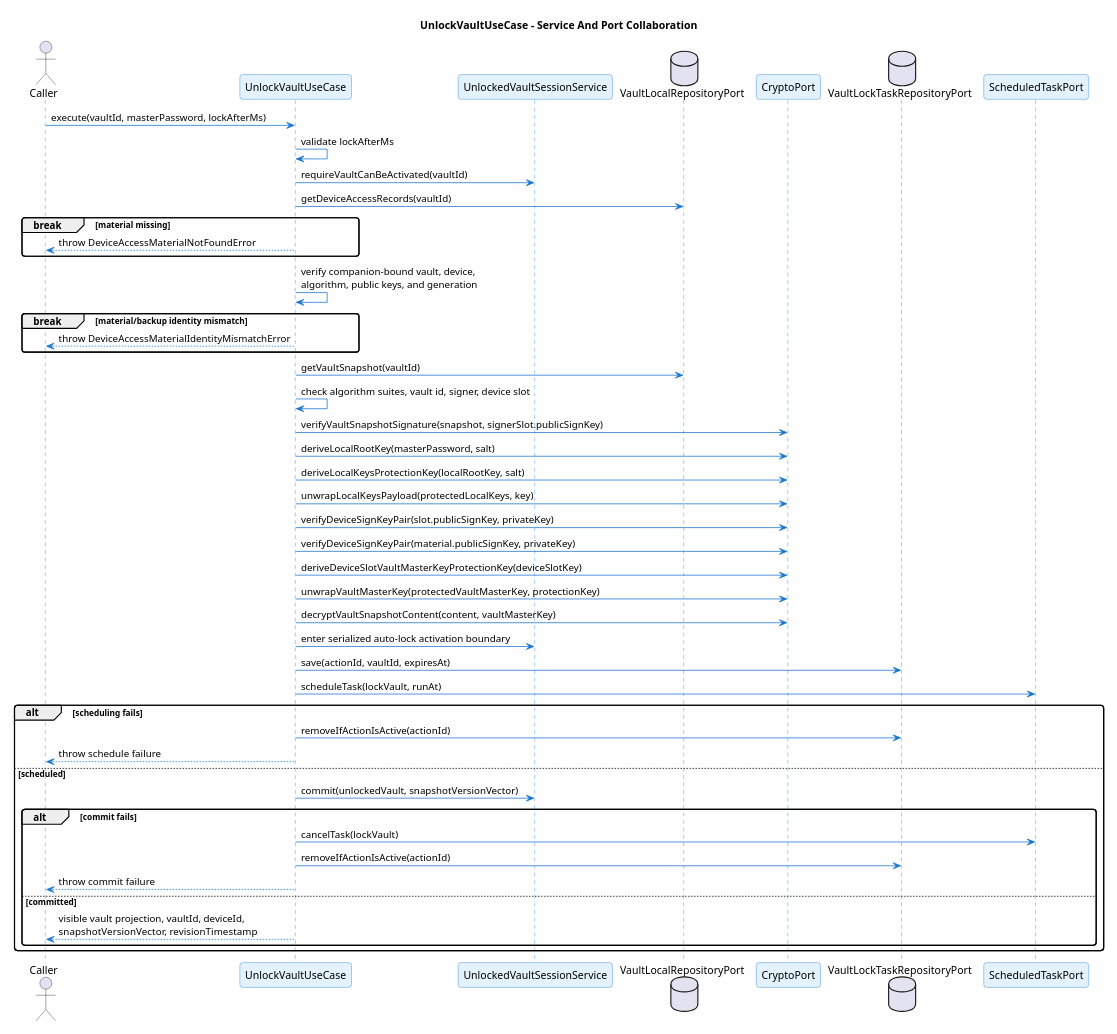
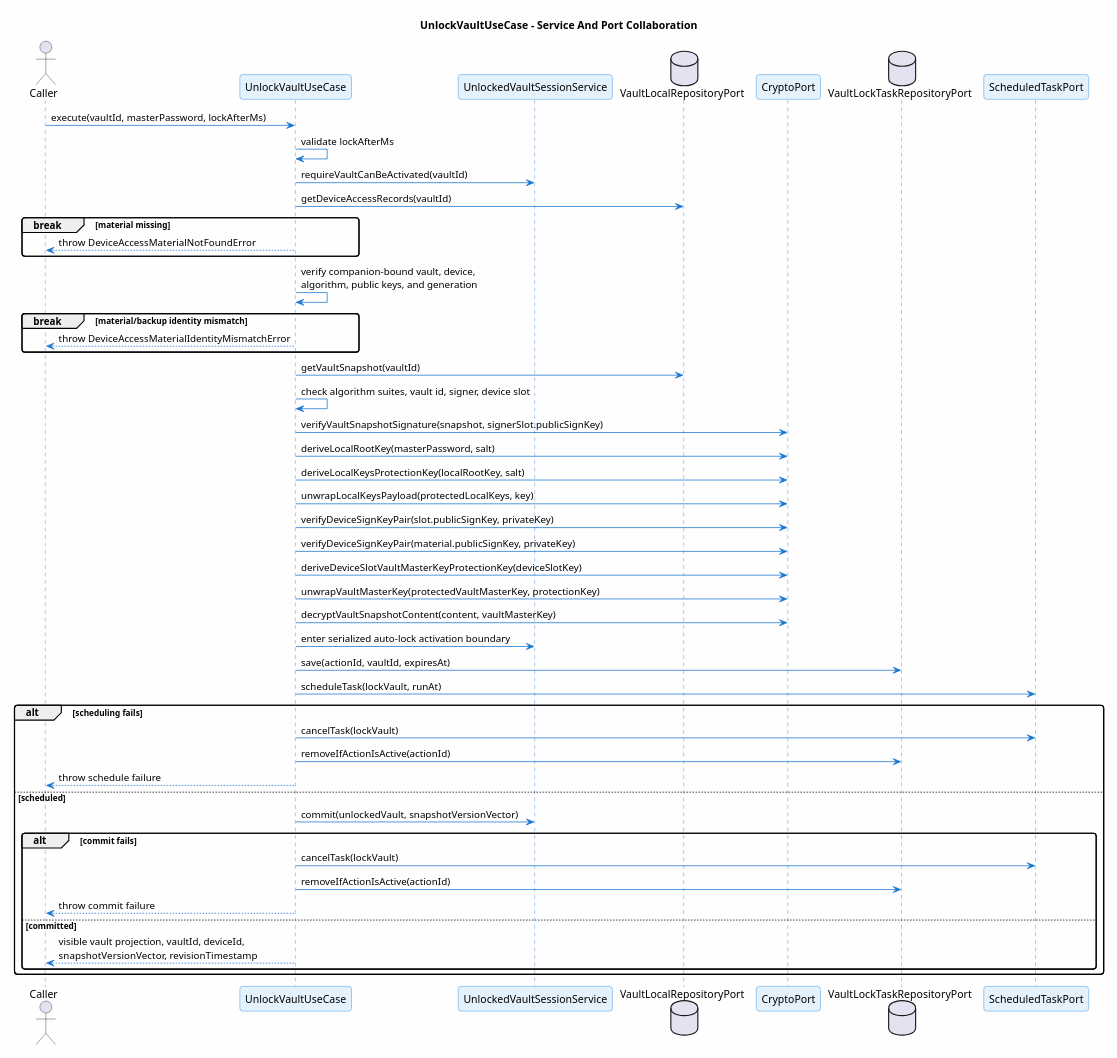
Before and after one commit to ArionStudio/engr-serverless-pm: the diagram in docs/v1/use-case/vault-lifecycle/unlock-vault.sequence.puml, drawn with PlantUML. The commit also changed 50 other files, not shown here.

```diff
--- a/docs/v1/use-case/vault-lifecycle/unlock-vault.sequence.puml
+++ b/docs/v1/use-case/vault-lifecycle/unlock-vault.sequence.puml
@@ -1,61 +1,62 @@
 @startuml unlock-vault-sequence
 title UnlockVaultUseCase - Service And Port Collaboration
 
 skinparam backgroundColor #FEFEFE
 skinparam roundcorner 8
 skinparam shadowing false
 skinparam sequence {
   ArrowColor #1976D2
   LifeLineBorderColor #1976D2
   ParticipantBackgroundColor #E3F2FD
   ParticipantBorderColor #1976D2
 }
 
 actor Caller
 participant "UnlockVaultUseCase" as UC
 participant "UnlockedVaultSessionService" as Session
 database "VaultLocalRepositoryPort" as LocalRepo
 participant "CryptoPort" as Crypto
 database "VaultLockTaskRepositoryPort" as LockRepo
 participant "ScheduledTaskPort" as Tasks
 
 Caller -> UC : execute(vaultId, masterPassword, lockAfterMs)
 UC -> UC : validate lockAfterMs
 UC -> Session : requireVaultCanBeActivated(vaultId)
 UC -> LocalRepo : getDeviceAccessRecords(vaultId)
 break material missing
   UC --> Caller : throw DeviceAccessMaterialNotFoundError
 end
 UC -> UC : verify companion-bound vault, device,\nalgorithm, public keys, and generation
 break material/backup identity mismatch
   UC --> Caller : throw DeviceAccessMaterialIdentityMismatchError
 end
 UC -> LocalRepo : getVaultSnapshot(vaultId)
 UC -> UC : check algorithm suites, vault id, signer, device slot
 UC -> Crypto : verifyVaultSnapshotSignature(snapshot, signerSlot.publicSignKey)
 UC -> Crypto : deriveLocalRootKey(masterPassword, salt)
 UC -> Crypto : deriveLocalKeysProtectionKey(localRootKey, salt)
 UC -> Crypto : unwrapLocalKeysPayload(protectedLocalKeys, key)
 UC -> Crypto : verifyDeviceSignKeyPair(slot.publicSignKey, privateKey)
 UC -> Crypto : verifyDeviceSignKeyPair(material.publicSignKey, privateKey)
 UC -> Crypto : deriveDeviceSlotVaultMasterKeyProtectionKey(deviceSlotKey)
 UC -> Crypto : unwrapVaultMasterKey(protectedVaultMasterKey, protectionKey)
 UC -> Crypto : decryptVaultSnapshotContent(content, vaultMasterKey)
 UC -> Session : enter serialized auto-lock activation boundary
 UC -> LockRepo : save(actionId, vaultId, expiresAt)
 UC -> Tasks : scheduleTask(lockVault, runAt)
 alt scheduling fails
+  UC -> Tasks : cancelTask(lockVault)
   UC -> LockRepo : removeIfActionIsActive(actionId)
   UC --> Caller : throw schedule failure
 else scheduled
   UC -> Session : commit(unlockedVault, snapshotVersionVector)
   alt commit fails
     UC -> Tasks : cancelTask(lockVault)
     UC -> LockRepo : removeIfActionIsActive(actionId)
     UC --> Caller : throw commit failure
   else committed
     UC --> Caller : visible vault projection, vaultId, deviceId,\nsnapshotVersionVector, revisionTimestamp
   end
 end
 
 @enduml
```
